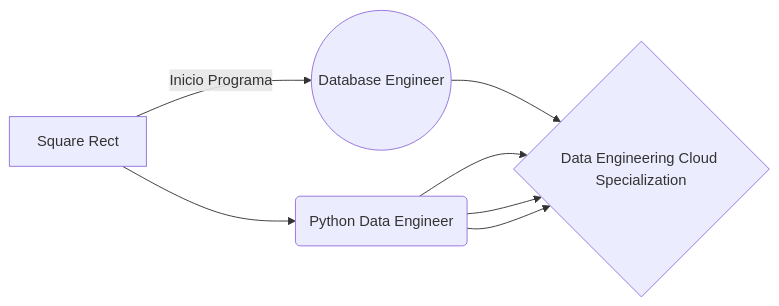
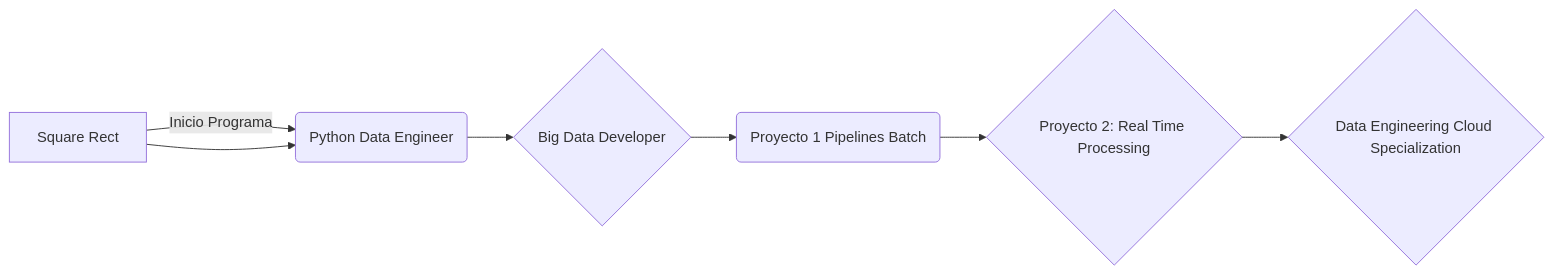
Before and after one commit to iejuva/baseDATAPATH: the diagram in README.md, drawn with Mermaid.

Commit message:
ajuste flow chart de programa data engineering data path

````diff
--- a/README.md
+++ b/README.md
@@ -9,9 +9,9 @@
 ```mermaid
 graph LR
 A[Square Rect] -- Inicio Programa --> B((Database Engineer))
-A --> C(Python Data Engineer)
-B --> D{Big Data Developer}
+A --> B(Python Data Engineer)
+B --> C{Big Data Developer}
 C --> D(Proyecto 1 Pipelines Batch)
-C --> D{Proyecto 2: Real Time Processing}
-C --> D{Data Engineering Cloud Specialization}
+D --> E{Proyecto 2: Real Time Processing}
+E --> F{Data Engineering Cloud Specialization}
 ```
````
